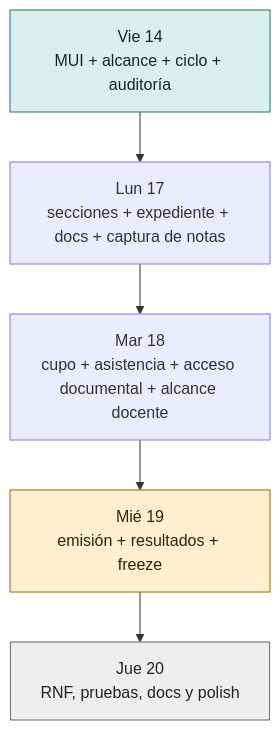
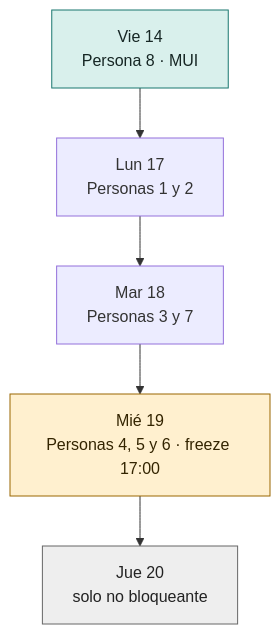
One commit to siga-inebi/siga-inebi changed the second of 2 diagrams in docs/planning/sprint-2026-08-14.md. Above: the diagram before and after it, drawn with Mermaid. The commit also changed other lines of this file, not shown here.

````diff
--- a/docs/planning/sprint-2026-08-14.md
+++ b/docs/planning/sprint-2026-08-14.md
@@ -173,12 +221,12 @@
 ```mermaid
 flowchart TD
-    V14["Vie 14<br/>MUI + alcance + ciclo + auditoría"] -->
-    L17["Lun 17<br/>secciones + expediente + docs + captura de notas"] -->
-    M18["Mar 18<br/>cupo + asistencia + acceso documental + alcance docente"] -->
-    X19["Mié 19<br/>emisión + resultados + freeze"] -->
-    J20["Jue 20<br/>RNF, pruebas, docs y polish"]
+    V14["Vie 14<br/>Persona 8 · MUI"] -->
+    L17["Lun 17<br/>Personas 1 y 2"] -->
+    M18["Mar 18<br/>Personas 3 y 7"] -->
+    X19["Mié 19<br/>Personas 4, 5 y 6 · freeze 17:00"] -->
+    J20["Jue 20<br/>solo no bloqueante"]
 
     style V14 fill:#d9f0ec,stroke:#19776f,color:#162624
     style X19 fill:#fff0cf,stroke:#9a6700,color:#332400
     style J20 fill:#eeeeee,stroke:#666666,color:#222222
 ```
````
